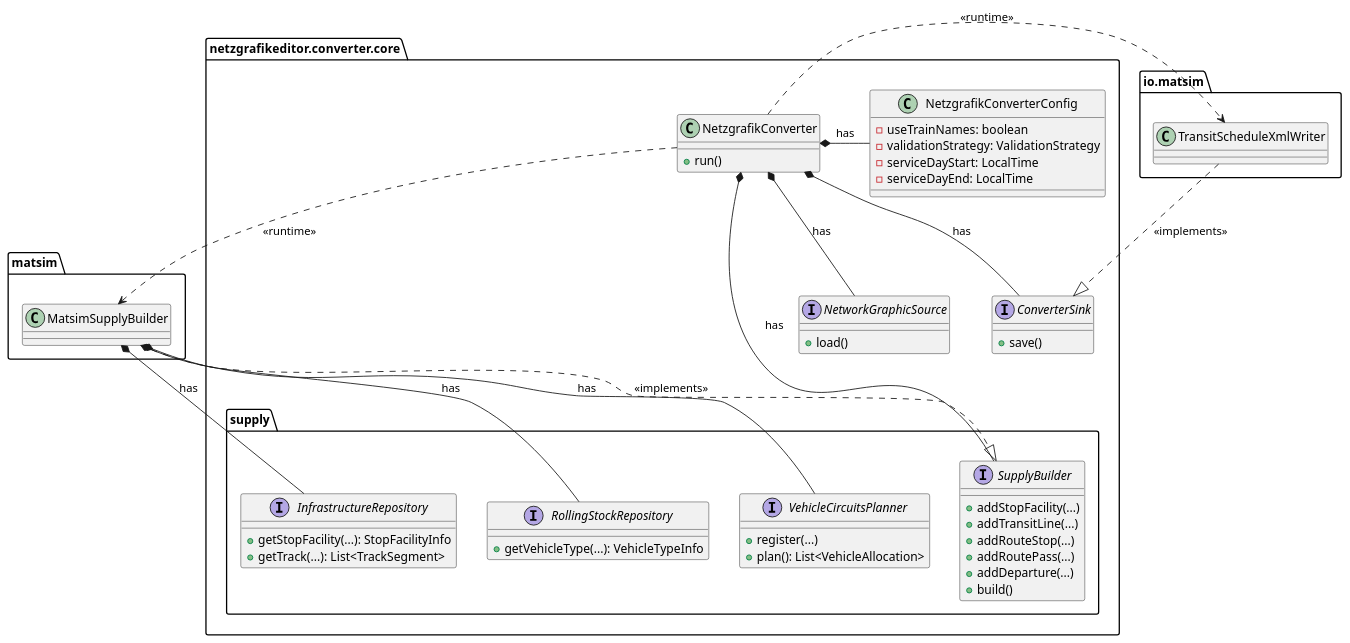
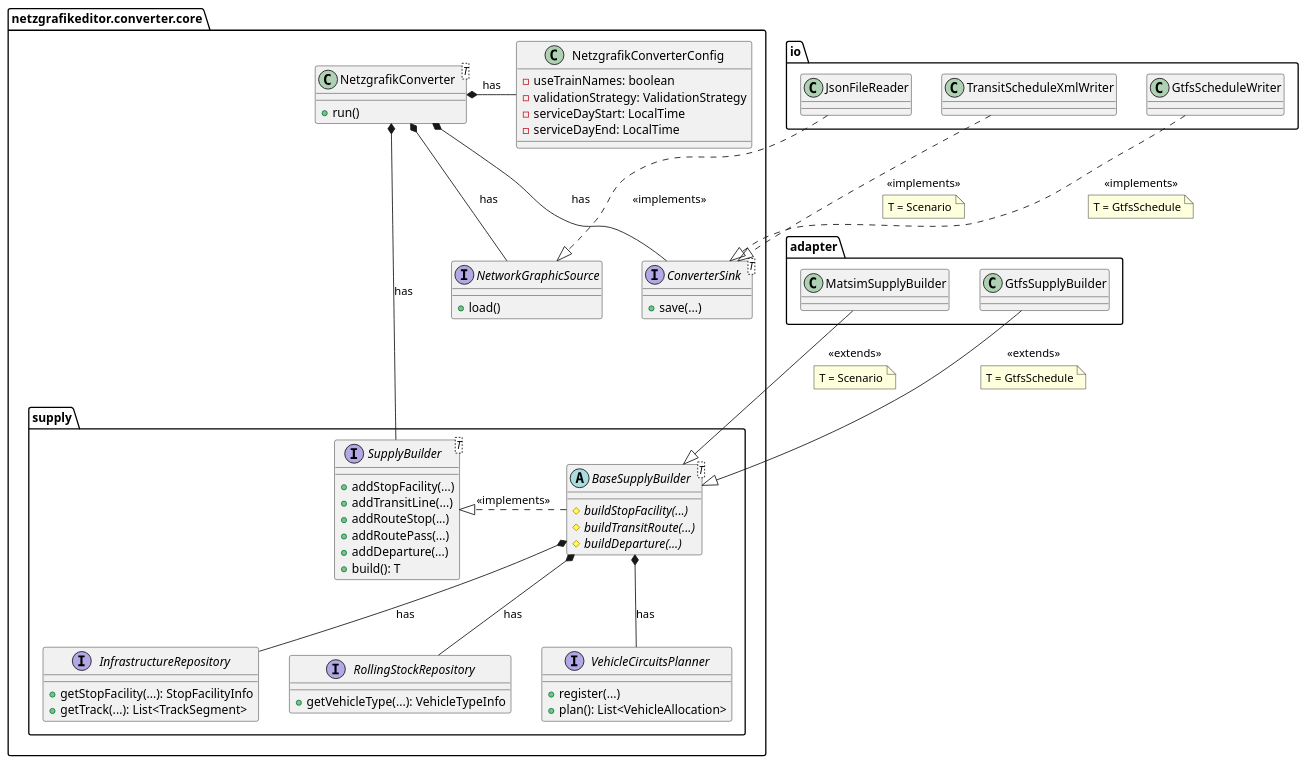
Before and after one commit to SchweizerischeBundesbahnen/netzgrafik-editor-converter: the diagram in docs/uml/class-diagram.md, drawn with PlantUML. The commit also changed 1 other file, not shown here.

Commit message:
doc: update class diagram

````diff
--- a/docs/uml/class-diagram.md
+++ b/docs/uml/class-diagram.md
@@ -6,7 +6,7 @@
 top to bottom direction
 
 package netzgrafikeditor.converter.core {
-    class NetzgrafikConverter {
+    class NetzgrafikConverter<T> {
         +run()
     }
 
@@ -21,18 +21,24 @@
         +load()
     }
 
-    interface ConverterSink {
-        +save()
+    interface ConverterSink<T> {
+        +save(...)
     }
 
     package supply {
-        interface SupplyBuilder {
+        interface SupplyBuilder<T> {
             +addStopFacility(...)
             +addTransitLine(...)
             +addRouteStop(...)
             +addRoutePass(...)
             +addDeparture(...)
-            +build()
+            +build(): T
+        }
+
+        abstract class BaseSupplyBuilder<T> {
+            #{abstract}buildStopFacility(...)
+            #{abstract}buildTransitRoute(...)
+            #{abstract}buildDeparture(...)
         }
 
         interface InfrastructureRepository {
@@ -51,13 +57,22 @@
     }
 }
 
-package matsim {
+package adapter {
     class MatsimSupplyBuilder {
+    }
+    
+    class GtfsSupplyBuilder {
     }
 }
 
-package io.matsim {
+package io {
+    class GtfsScheduleWriter {
+    }
+
     class TransitScheduleXmlWriter {
+    }
+
+    class JsonFileReader {
     }
 }
 
@@ -65,13 +80,22 @@
 NetzgrafikConverter *-- NetworkGraphicSource : has
 NetzgrafikConverter *--- SupplyBuilder : has
 NetzgrafikConverter *-- ConverterSink : has
-NetzgrafikConverter .> MatsimSupplyBuilder : <<runtime>>
-NetzgrafikConverter .> TransitScheduleXmlWriter : <<runtime>>
 
-MatsimSupplyBuilder .|> SupplyBuilder: <<implements>>
-TransitScheduleXmlWriter ..|> ConverterSink: <<implements>>
-MatsimSupplyBuilder *-- InfrastructureRepository : has
-MatsimSupplyBuilder *-- RollingStockRepository : has
-MatsimSupplyBuilder *-- VehicleCircuitsPlanner : has
+BaseSupplyBuilder .|> SupplyBuilder: <<implements>>
+BaseSupplyBuilder *-- InfrastructureRepository : has
+BaseSupplyBuilder *-- RollingStockRepository : has
+BaseSupplyBuilder *-- VehicleCircuitsPlanner : has
+
+MatsimSupplyBuilder --|> BaseSupplyBuilder : <<extends>>
+note on link: T = Scenario
+GtfsSupplyBuilder -|> BaseSupplyBuilder : <<extends>>
+note on link: T = GtfsSchedule
+
+GtfsScheduleWriter ..|> ConverterSink: <<implements>>
+note on link: T = GtfsSchedule
+TransitScheduleXmlWriter .|> ConverterSink: <<implements>>
+note on link: T = Scenario
+JsonFileReader .|> NetworkGraphicSource: <<implements>>
+
 @enduml
 ```
````
